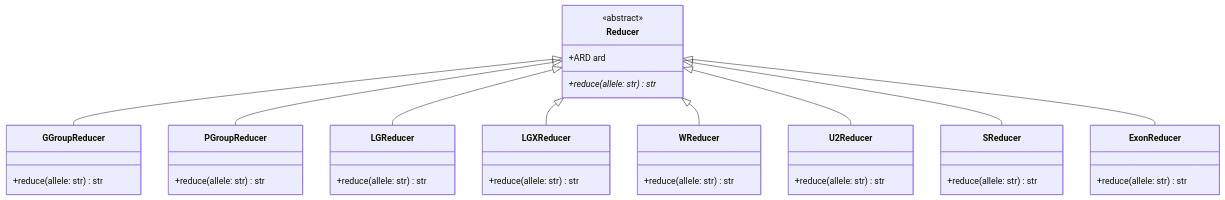
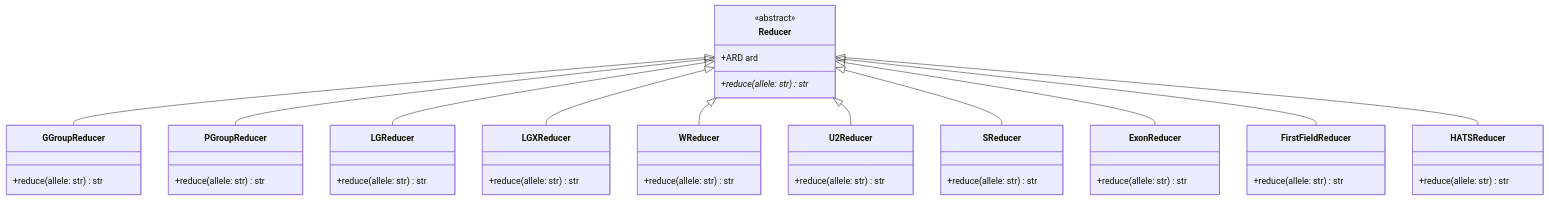
The sixth of 12 diagrams in ARCHITECTURE.md (nmdp-bioinformatics/py-ard), drawn with Mermaid before and after one commit. The commit also changed other lines of this file and 1 other file, not shown here.

````diff
--- a/ARCHITECTURE.md
+++ b/ARCHITECTURE.md
@@ -274,49 +278,59 @@
 ```mermaid
 classDiagram
     class Reducer {
         <<abstract>>
         +ARD ard
         +reduce(allele: str) str*
     }
 
     class GGroupReducer {
         +reduce(allele: str) str
     }
 
     class PGroupReducer {
         +reduce(allele: str) str
     }
 
     class LGReducer {
         +reduce(allele: str) str
     }
 
     class LGXReducer {
         +reduce(allele: str) str
     }
 
     class WReducer {
         +reduce(allele: str) str
     }
 
     class U2Reducer {
         +reduce(allele: str) str
     }
 
     class SReducer {
         +reduce(allele: str) str
     }
 
     class ExonReducer {
         +reduce(allele: str) str
     }
 
+    class FirstFieldReducer {
+        +reduce(allele: str) str
+    }
+
+    class HATSReducer {
+        +reduce(allele: str) str
+    }
+
     Reducer <|-- GGroupReducer
     Reducer <|-- PGroupReducer
     Reducer <|-- LGReducer
     Reducer <|-- LGXReducer
     Reducer <|-- WReducer
     Reducer <|-- U2Reducer
     Reducer <|-- SReducer
     Reducer <|-- ExonReducer
+    Reducer <|-- FirstFieldReducer
+    Reducer <|-- HATSReducer
 ```
````
